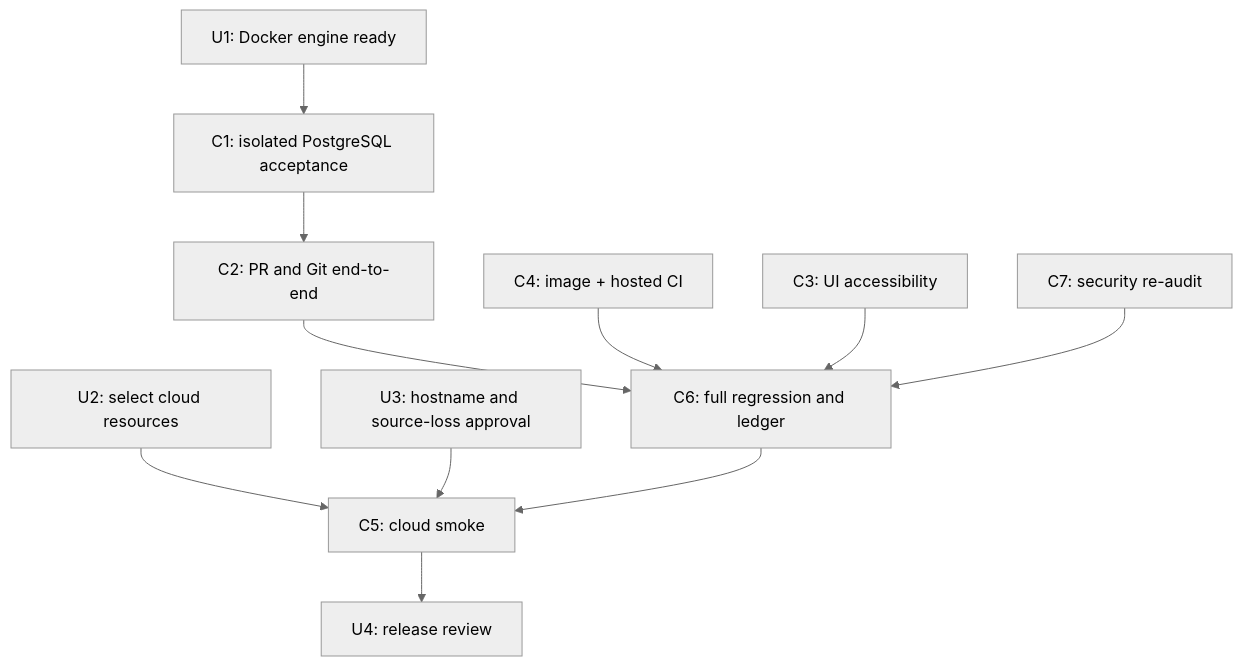
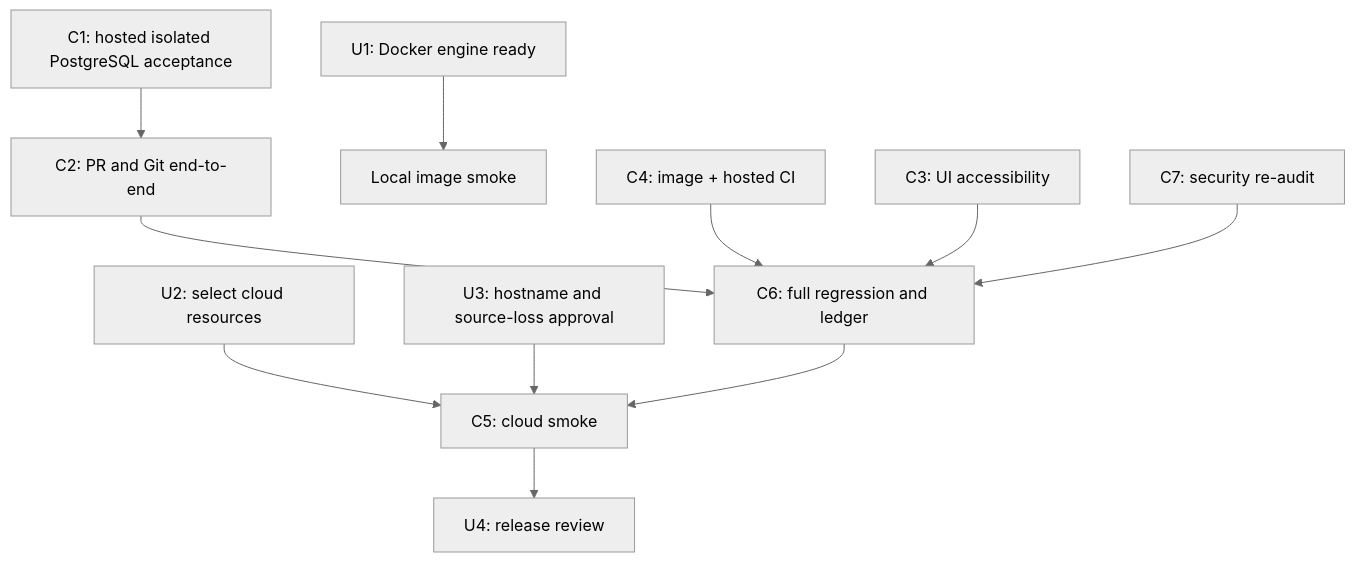
The diagram in docs/next-actions.md (VuLeCoder/Code-forge), drawn with Mermaid (neutral theme) before and after one commit. The commit also changed other lines of this file and 5 other files, not shown here.

Commit message:
Fix PostgreSQL e2e acceptance failures

````diff
--- a/docs/next-actions.md
+++ b/docs/next-actions.md
@@ -30,13 +30,13 @@
 ```mermaid
 flowchart TD
-  U1[U1: Docker engine ready] --> C1[C1: isolated PostgreSQL acceptance]
-  C1 --> C2[C2: PR and Git end-to-end]
+  C1[C1: hosted isolated PostgreSQL acceptance] --> C2[C2: PR and Git end-to-end]
+  U1[U1: Docker engine ready] --> localSmoke[Local image smoke]
   C2 --> C6[C6: full regression and ledger]
   C4[C4: image + hosted CI] --> C6
   C3[C3: UI accessibility] --> C6
   C7[C7: security re-audit] --> C6
   U2[U2: select cloud resources] --> C5[C5: cloud smoke]
   U3[U3: hostname and source-loss approval] --> C5
   C6 --> C5
   C5 --> U4[U4: release review]
 ```
````
